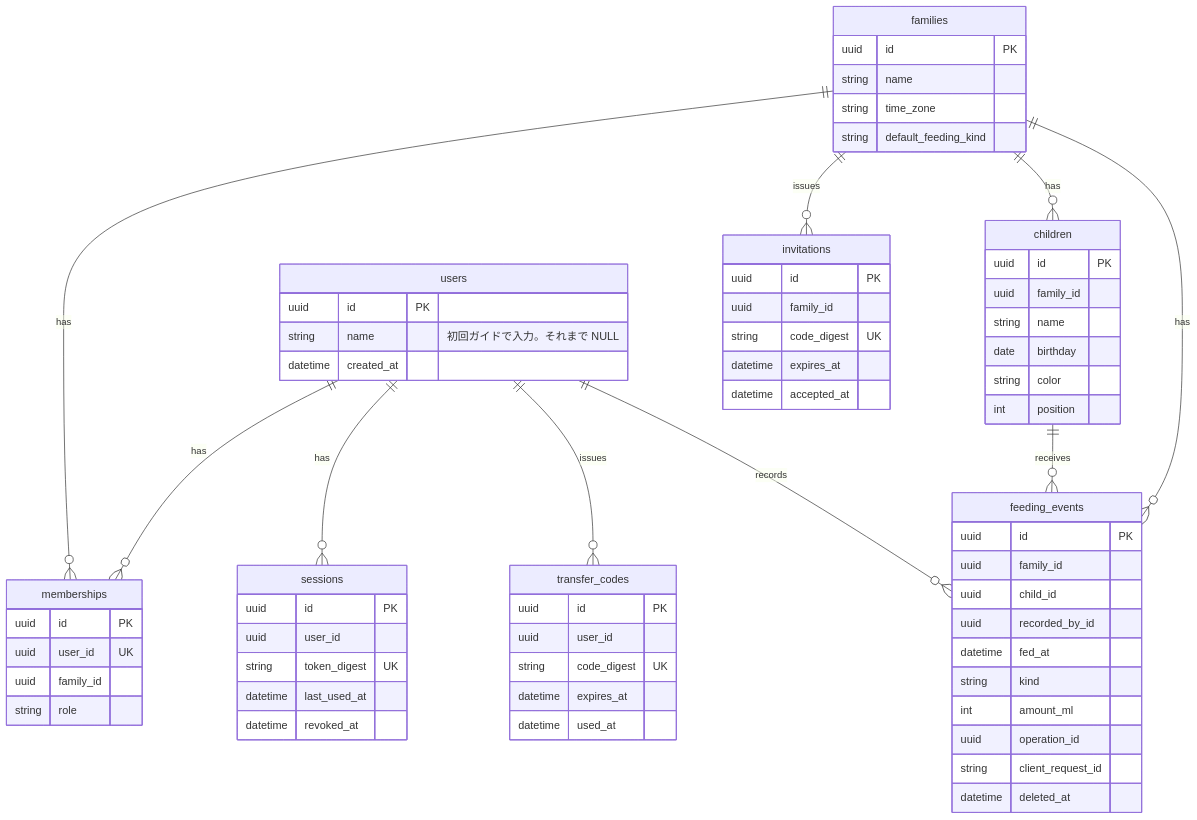
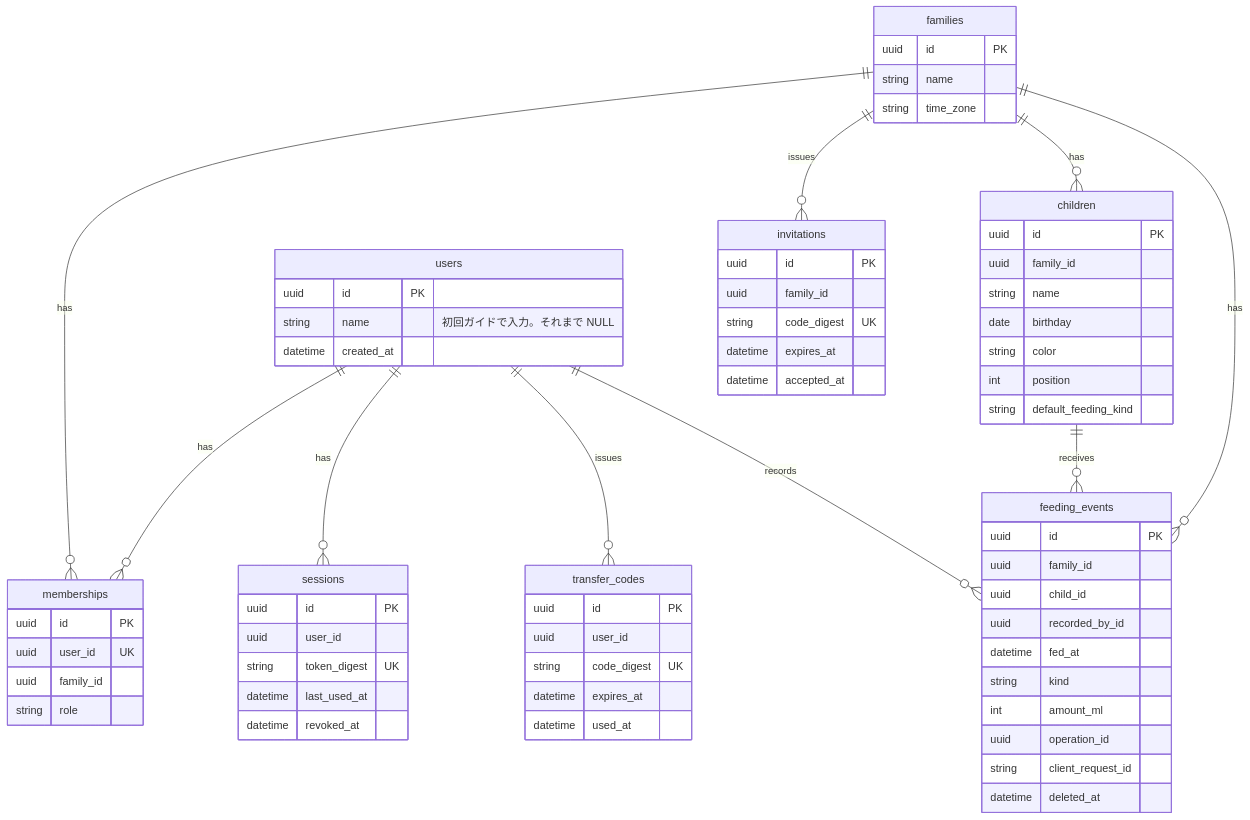
Before and after one commit to skido32/gokugoku: the second of 2 diagrams in docs/design.md, drawn with Mermaid. The commit also changed other lines of this file and 2 other files, not shown here.

````diff
--- a/docs/design.md
+++ b/docs/design.md
@@ -51,71 +51,71 @@
 ```mermaid
 erDiagram
   users ||--o{ memberships : has
   families ||--o{ memberships : has
   families ||--o{ children : has
   families ||--o{ invitations : issues
   families ||--o{ feeding_events : has
   children ||--o{ feeding_events : receives
   users ||--o{ feeding_events : records
   users ||--o{ sessions : has
   users ||--o{ transfer_codes : issues
 
   users {
     uuid id PK
     string name "初回ガイドで入力。それまで NULL"
     datetime created_at
   }
   families {
     uuid id PK
     string name
     string time_zone
-    string default_feeding_kind
   }
   memberships {
     uuid id PK
     uuid user_id UK
     uuid family_id
     string role
   }
   children {
     uuid id PK
     uuid family_id
     string name
     date birthday
     string color
     int position
+    string default_feeding_kind
   }
   feeding_events {
     uuid id PK
     uuid family_id
     uuid child_id
     uuid recorded_by_id
     datetime fed_at
     string kind
     int amount_ml
     uuid operation_id
     string client_request_id
     datetime deleted_at
   }
   invitations {
     uuid id PK
     uuid family_id
     string code_digest UK
     datetime expires_at
     datetime accepted_at
   }
   sessions {
     uuid id PK
     uuid user_id
     string token_digest UK
     datetime last_used_at
     datetime revoked_at
   }
   transfer_codes {
     uuid id PK
     uuid user_id
     string code_digest UK
     datetime expires_at
     datetime used_at
   }
 ```
````
